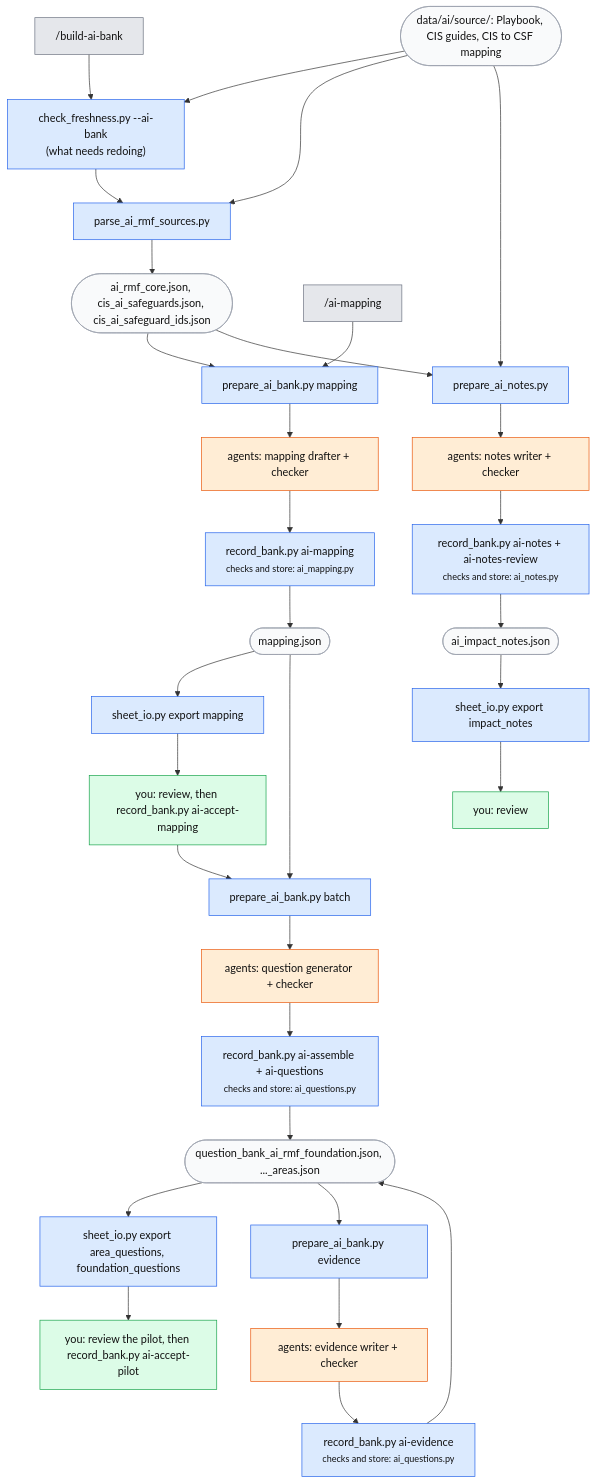
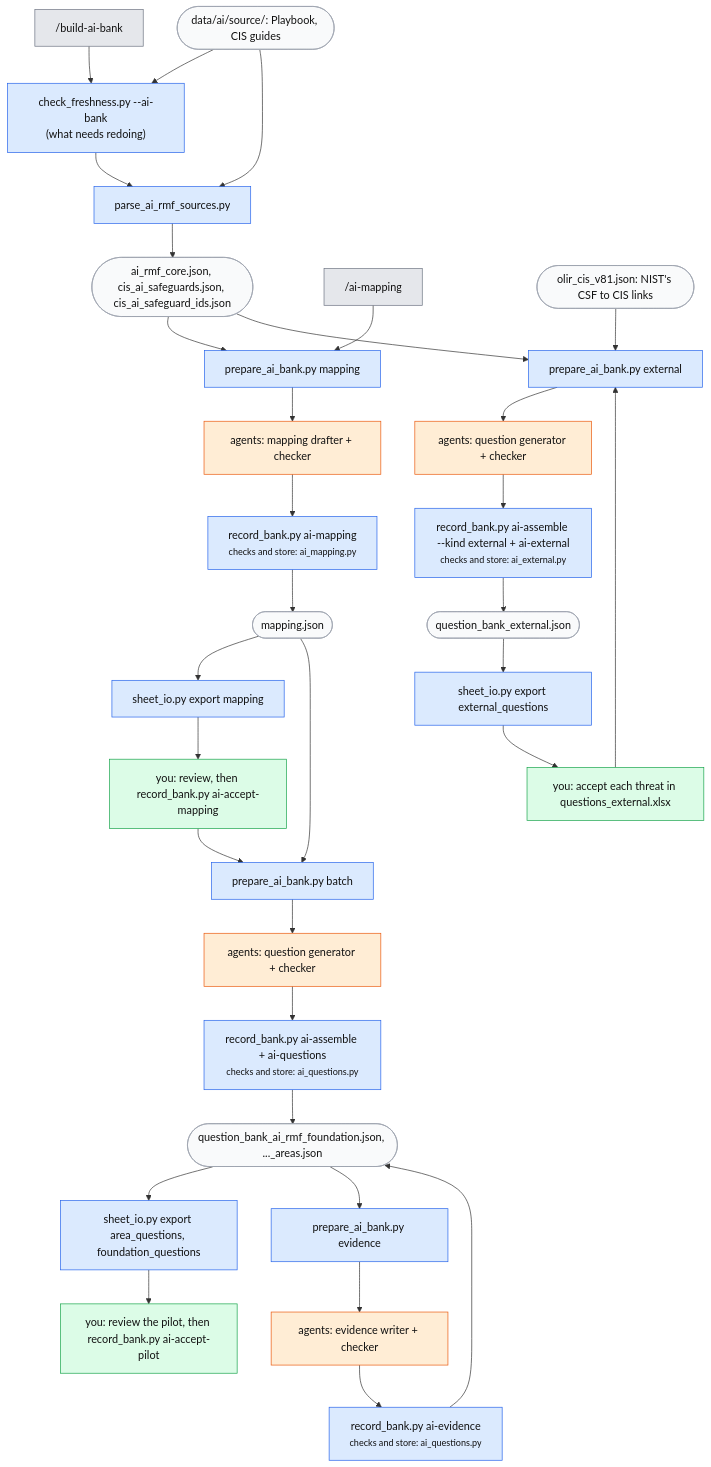
One commit to srilekha82/csf-ai-self-assessment changed the third of 3 diagrams in docs/guide.md. Above: the diagram before and after it, drawn with Mermaid. The commit also changed other lines of this file and 31 other files, not shown here.

First line of the commit message:
Retire the CSF AI impact notes; External AI in DESIGN_RULES and the docs

````diff
--- a/docs/guide.md
+++ b/docs/guide.md
@@ -182,28 +182,29 @@
 ```mermaid
 flowchart TD
     B["/build-ai-bank"]:::cmd --> CF["check_freshness.py --ai-bank<br/>(what needs redoing)"]:::script
-    SRC([data/ai/source/: Playbook, CIS guides, CIS to CSF mapping]):::file --> CF
+    SRC([data/ai/source/: Playbook, CIS guides]):::file --> CF
     CF --> PS[parse_ai_rmf_sources.py]:::script
     SRC --> PS --> CORE([ai_rmf_core.json, cis_ai_safeguards.json, cis_ai_safeguard_ids.json]):::file
 
     AMC["/ai-mapping"]:::cmd --> PM
     CORE --> PM["prepare_ai_bank.py mapping"]:::script --> AM["agents: mapping drafter + checker"]:::agent --> RM["record_bank.py ai-mapping<br/><small>checks and store: ai_mapping.py</small>"]:::script --> MAP([mapping.json]):::file
     MAP --> SM["sheet_io.py export mapping"]:::script --> U1["you: review, then record_bank.py ai-accept-mapping"]:::you
 
     U1 --> PB["prepare_ai_bank.py batch"]:::script
     MAP --> PB --> AQ["agents: question generator + checker"]:::agent --> RQ["record_bank.py ai-assemble + ai-questions<br/><small>checks and store: ai_questions.py</small>"]:::script --> BANKS([question_bank_ai_rmf_foundation.json, ..._areas.json]):::file
     BANKS --> SQ["sheet_io.py export area_questions, foundation_questions"]:::script --> U2["you: review the pilot, then record_bank.py ai-accept-pilot"]:::you
 
     BANKS --> PE["prepare_ai_bank.py evidence"]:::script --> AE["agents: evidence writer + checker"]:::agent --> RE["record_bank.py ai-evidence<br/><small>checks and store: ai_questions.py</small>"]:::script --> BANKS
 
-    SRC --> BI[prepare_ai_notes.py]:::script
-    CORE --> BI --> AN["agents: notes writer + checker"]:::agent --> RN["record_bank.py ai-notes + ai-notes-review<br/><small>checks and store: ai_notes.py</small>"]:::script --> NOTES([ai_impact_notes.json]):::file
-    NOTES --> SN["sheet_io.py export impact_notes"]:::script --> U3["you: review"]:::you
+    OLIR([olir_cis_v81.json: NIST's CSF to CIS links]):::file --> PX["prepare_ai_bank.py external"]:::script
+    U3["you: accept each threat in questions_external.xlsx"]:::you --> PX
+    CORE --> PX --> AX["agents: question generator + checker"]:::agent --> RX["record_bank.py ai-assemble --kind external + ai-external<br/><small>checks and store: ai_external.py</small>"]:::script --> EXT([question_bank_external.json]):::file
+    EXT --> SX["sheet_io.py export external_questions"]:::script --> U3
 
     classDef cmd fill:#e5e7eb,stroke:#6b7280,color:#111
     classDef script fill:#dbeafe,stroke:#2563eb,color:#111
     classDef agent fill:#ffedd5,stroke:#ea580c,color:#111
     classDef you fill:#dcfce7,stroke:#16a34a,color:#111
     classDef file fill:#f9fafb,stroke:#9ca3af,color:#111
     classDef stop fill:#fee2e2,stroke:#dc2626,color:#111
 ```
````
